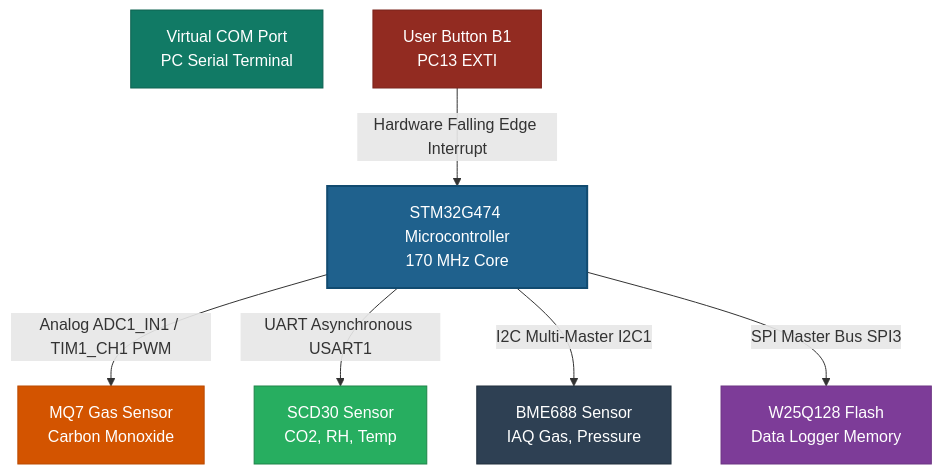
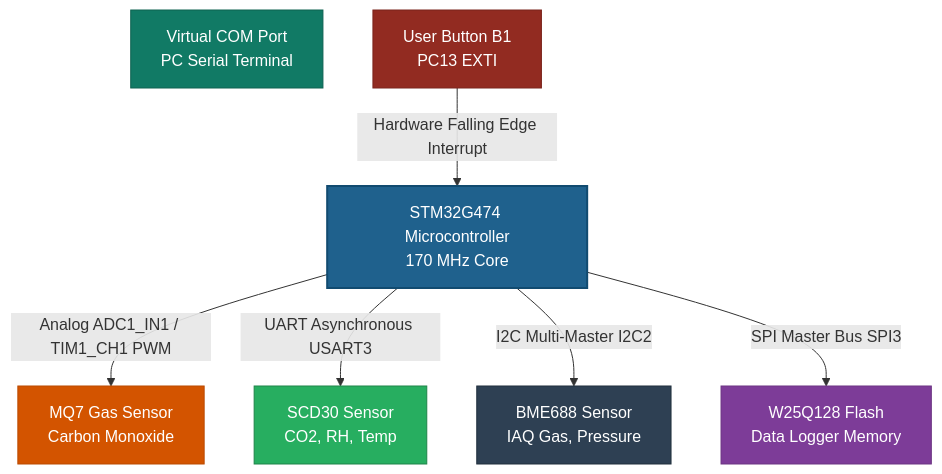
The diagram in README.md (yuvalkuck/metallic-bear), drawn with Mermaid before and after one commit. The commit also changed other lines of this file and 10 other files, not shown here.

````diff
--- a/README.md
+++ b/README.md
@@ -7,27 +7,27 @@
 ```mermaid
 graph TD
     %% Node Definitions
     MCU[STM32G474 Microcontroller<br>170 MHz Core]
     MQ7[MQ7 Gas Sensor<br>Carbon Monoxide]
     SCD30[SCD30 Sensor<br>CO2, RH, Temp]
     BME688[BME688 Sensor<br>IAQ Gas, Pressure]
     W25Q[W25Q128 Flash<br>Data Logger Memory]
     VCP[Virtual COM Port<br>PC Serial Terminal]
     B1[User Button B1<br>PC13 EXTI]
 
     %% Hardware Connections
     MCU -->|Analog ADC1_IN1 / TIM1_CH1 PWM| MQ7
-    MCU -->|UART Asynchronous USART1| SCD30
-    MCU -->|I2C Multi-Master I2C1| BME688
+    MCU -->|UART Asynchronous USART3| SCD30
+    MCU -->|I2C Multi-Master I2C2| BME688
     MCU -->|SPI Master Bus SPI3| W25Q
     B1 -->|Hardware Falling Edge Interrupt| MCU
 
     %% Styling Elements
     style MCU fill:#1f618d,stroke:#114b70,stroke-width:2px,color:#fff
     style MQ7 fill:#d35400,stroke:#ba4a00,stroke-width:1px,color:#fff
     style SCD30 fill:#27ae60,stroke:#1e8449,stroke-width:1px,color:#fff
     style BME688 fill:#2e4053,stroke:#212f3d,stroke-width:1px,color:#fff
     style W25Q fill:#7d3c98,stroke:#6c3483,stroke-width:1px,color:#fff
     style VCP fill:#117a65,stroke:#0e6251,stroke-width:1px,color:#fff
     style B1 fill:#922b21,stroke:#7b241c,stroke-width:1px,color:#fff
 ```
````
